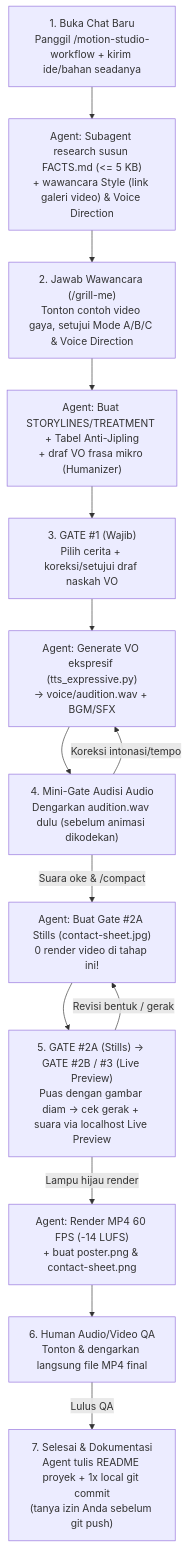
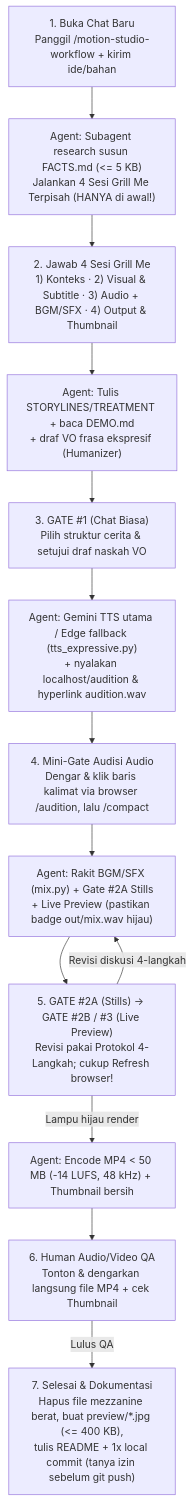
One commit to mhmmdridhali/AI-Motion-Studio changed the diagram in USER_WORKFLOW.md. Above: the diagram before and after it, drawn with Mermaid. The commit also changed other lines of this file and 10 other files, not shown here.

Commit message:
feat(studio): modularize SOP, add Gemini TTS primary with Edge fallback, audio audition UI, and thumbnail standards

````diff
--- a/USER_WORKFLOW.md
+++ b/USER_WORKFLOW.md
@@ -19,16 +19,15 @@
 ```mermaid
 flowchart TD
-    U1["1. Buka Chat Baru<br/>Panggil /motion-studio-workflow + kirim ide/bahan seadanya"] --> A1["Agent: Subagent research susun FACTS.md (<= 5 KB)<br/>+ wawancara Style (link galeri video) & Voice Direction"]
-    A1 --> U2["2. Jawab Wawancara (/grill-me)<br/>Tonton contoh video gaya, setujui Mode A/B/C & Voice Direction"]
-    U2 --> A2["Agent: Buat STORYLINES/TREATMENT + Tabel Anti-Jipling<br/>+ draf VO frasa mikro (Humanizer)"]
-    A2 --> U3["3. GATE #1 (Wajib)<br/>Pilih cerita + koreksi/setujui draf naskah VO"]
-    U3 --> A3["Agent: Generate VO ekspresif (tts_expressive.py)<br/>-> voice/audition.wav + BGM/SFX"]
-    A3 --> U4["4. Mini-Gate Audisi Audio<br/>Dengarkan audition.wav dulu (sebelum animasi dikodekan)"]
-    U4 -->|Koreksi intonasi/tempo| A3
-    U4 -->|Suara oke & /compact| A4["Agent: Buat Gate #2A Stills (contact-sheet.jpg)<br/>0 render video di tahap ini!"]
-    A4 --> U5["5. GATE #2A (Stills) -> GATE #2B / #3 (Live Preview)<br/>Puas dengan gambar diam -> cek gerak + suara via localhost Live Preview"]
-    U5 -->|Revisi bentuk / gerak| A4
-    U5 -->|Lampu hijau render| A5["Agent: Render MP4 60 FPS (-14 LUFS)<br/>+ buat poster.png & contact-sheet.png"]
-    A5 --> U6["6. Human Audio/Video QA<br/>Tonton & dengarkan langsung file MP4 final"]
-    U6 -->|Lulus QA| U7["7. Selesai & Dokumentasi<br/>Agent tulis README proyek + 1x local git commit<br/>(tanya izin Anda sebelum git push)"]
+    U1["1. Buka Chat Baru<br/>Panggil /motion-studio-workflow + kirim ide/bahan"] --> A1["Agent: Subagent research susun FACTS.md (<= 5 KB)<br/>Jalankan 4 Sesi Grill Me Terpisah (HANYA di awal!)"]
+    A1 --> U2["2. Jawab 4 Sesi Grill Me<br/>1) Konteks · 2) Visual & Subtitle · 3) Audio + BGM/SFX · 4) Output & Thumbnail"]
+    U2 --> A2["Agent: Tulis STORYLINES/TREATMENT + baca DEMO.md<br/>+ draf VO frasa ekspresif (Humanizer)"]
+    A2 --> U3["3. GATE #1 (Chat Biasa)<br/>Pilih struktur cerita & setujui draf naskah VO"]
+    U3 --> A3["Agent: Gemini TTS utama / Edge fallback (tts_expressive.py)<br/>+ nyalakan localhost/audition & hyperlink audition.wav"]
+    A3 --> U4["4. Mini-Gate Audisi Audio<br/>Dengar & klik baris kalimat via browser /audition, lalu /compact"]
+    U4 --> A4["Agent: Rakit BGM/SFX (mix.py) + Gate #2A Stills<br/>+ Live Preview (pastikan badge out/mix.wav hijau)"]
+    A4 --> U5["5. GATE #2A (Stills) -> GATE #2B / #3 (Live Preview)<br/>Revisi pakai Protokol 4-Langkah; cukup Refresh browser!"]
+    U5 -->|Revisi diskusi 4-langkah| A4
+    U5 -->|Lampu hijau render| A5["Agent: Encode MP4 < 50 MB (-14 LUFS, 48 kHz) + Thumbnail bersih"]
+    A5 --> U6["6. Human Audio/Video QA<br/>Tonton & dengarkan langsung file MP4 + cek Thumbnail"]
+    U6 -->|Lulus QA| U7["7. Selesai & Dokumentasi<br/>Hapus file mezzanine berat, buat preview/*.jpg (<= 400 KB),<br/>tulis README + 1x local commit (tanya izin sebelum git push)"]
 ```
````
